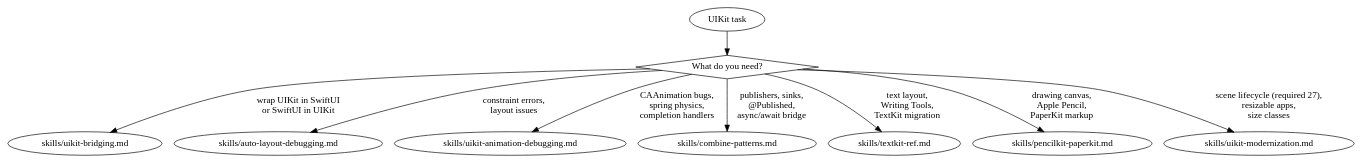
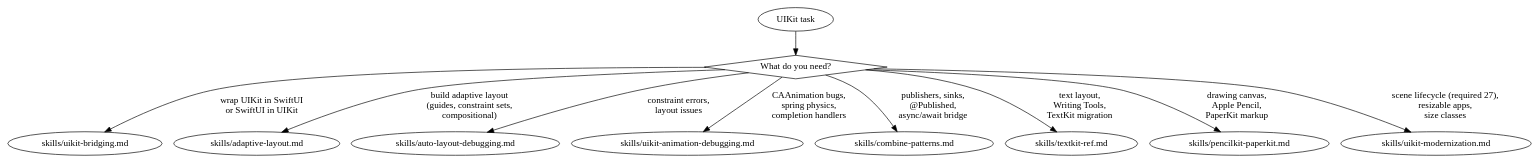
Before and after one commit to BasixKOR/automic-vault: the diagram in .agents/skills/axiom-uikit/SKILL.md, drawn with Graphviz. The commit also changed other lines of this file and 142 other files, not shown here.

````diff
--- a/.agents/skills/axiom-uikit/SKILL.md
+++ b/.agents/skills/axiom-uikit/SKILL.md
@@ -40,15 +52,16 @@
 ```dot
 digraph uikit {
     start [label="UIKit task" shape=ellipse];
     what [label="What do you need?" shape=diamond];
 
     start -> what;
     what -> "skills/uikit-bridging.md" [label="wrap UIKit in SwiftUI\nor SwiftUI in UIKit"];
+    what -> "skills/adaptive-layout.md" [label="build adaptive layout\n(guides, constraint sets,\ncompositional)"];
     what -> "skills/auto-layout-debugging.md" [label="constraint errors,\nlayout issues"];
     what -> "skills/uikit-animation-debugging.md" [label="CAAnimation bugs,\nspring physics,\ncompletion handlers"];
     what -> "skills/combine-patterns.md" [label="publishers, sinks,\n@Published,\nasync/await bridge"];
     what -> "skills/textkit-ref.md" [label="text layout,\nWriting Tools,\nTextKit migration"];
     what -> "skills/pencilkit-paperkit.md" [label="drawing canvas,\nApple Pencil,\nPaperKit markup"];
     what -> "skills/uikit-modernization.md" [label="scene lifecycle (required 27),\nresizable apps,\nsize classes"];
 }
 ```
````
